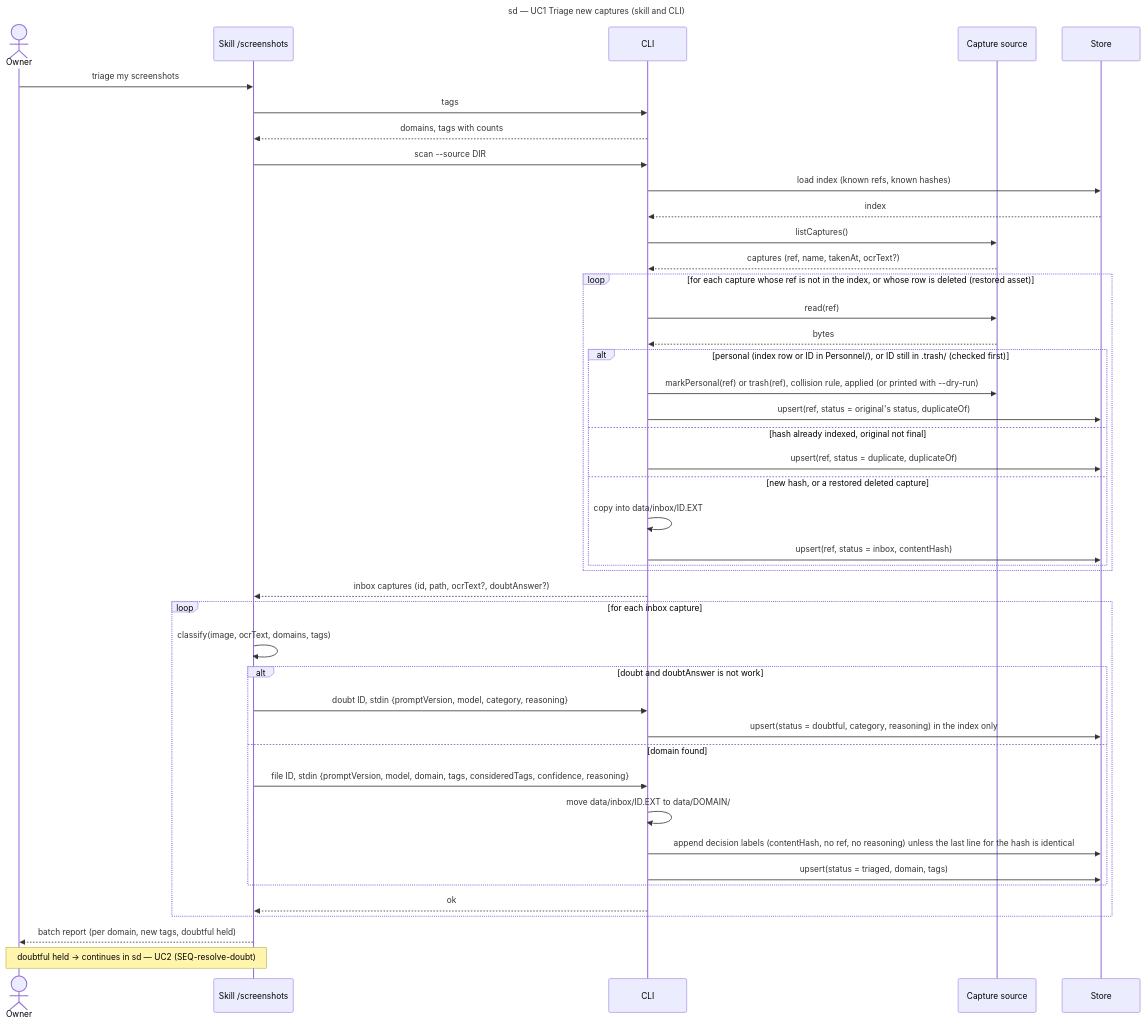
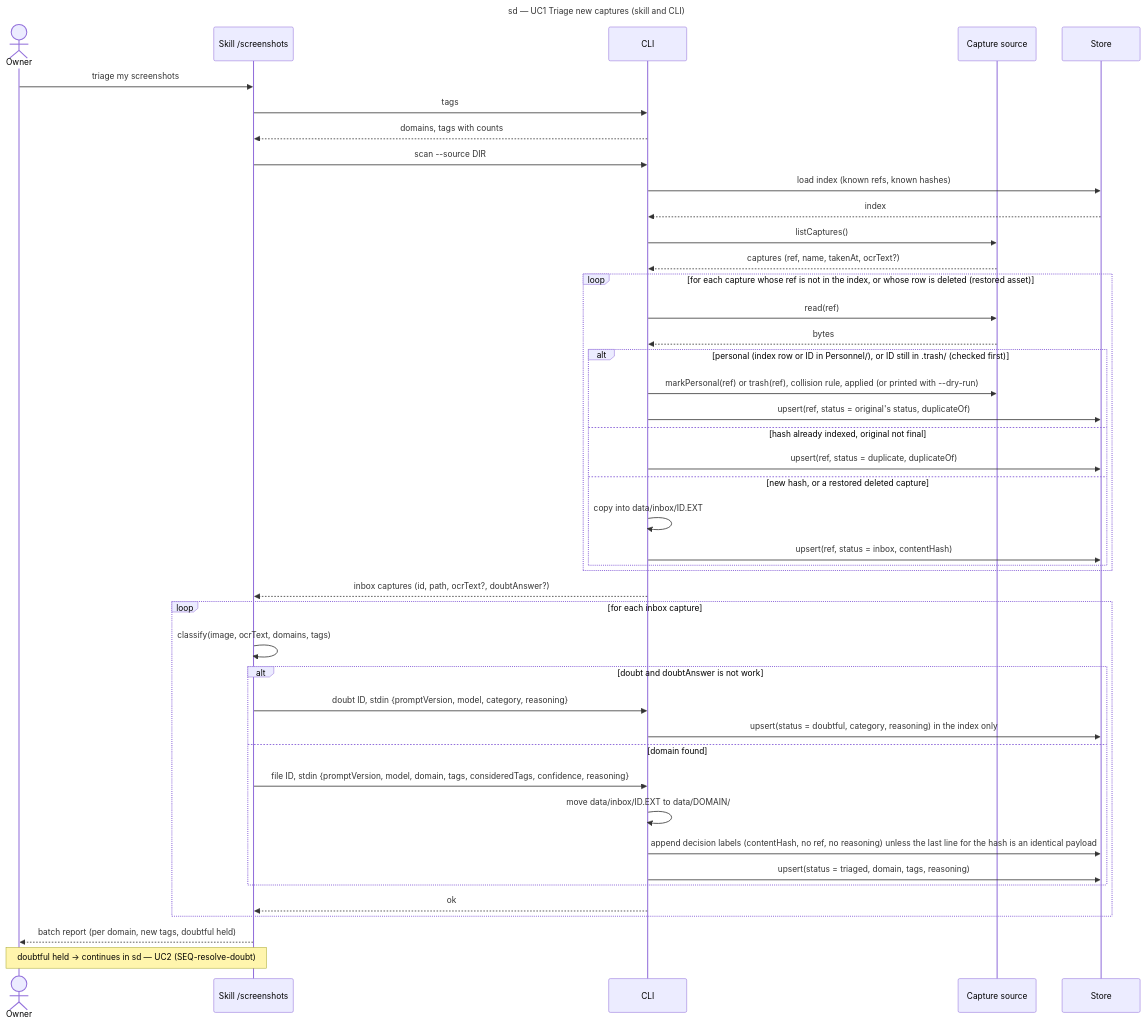
One commit to benoit-bremaud/screenshot-triage changed the diagram in docs/architecture/diagrams/triage/02-sequence-triage-batch.md. Above: the diagram before and after it, drawn with Mermaid. The commit also changed other lines of this file and 5 other files, not shown here.

First line of the commit message:
docs(triage/architecture): record decision 3 and align the reasoning and dedupe rules

````diff
--- a/docs/architecture/diagrams/triage/02-sequence-triage-batch.md
+++ b/docs/architecture/diagrams/triage/02-sequence-triage-batch.md
@@ -14,46 +14,46 @@
 ```mermaid
 sequenceDiagram
   title sd — UC1 Triage new captures (skill and CLI)
   actor Owner
   participant Skill as Skill /screenshots
   participant CLI as CLI
   participant Source as Capture source
   participant Store as Store
   Owner->>Skill: triage my screenshots
   Skill->>CLI: tags
   CLI-->>Skill: domains, tags with counts
   Skill->>CLI: scan --source DIR
   CLI->>Store: load index (known refs, known hashes)
   Store-->>CLI: index
   CLI->>Source: listCaptures()
   Source-->>CLI: captures (ref, name, takenAt, ocrText?)
   loop for each capture whose ref is not in the index, or whose row is deleted (restored asset)
     CLI->>Source: read(ref)
     Source-->>CLI: bytes
     alt personal (index row or ID in Personnel/), or ID still in .trash/ (checked first)
       CLI->>Source: markPersonal(ref) or trash(ref), collision rule, applied (or printed with --dry-run)
       CLI->>Store: upsert(ref, status = original's status, duplicateOf)
     else hash already indexed, original not final
       CLI->>Store: upsert(ref, status = duplicate, duplicateOf)
     else new hash, or a restored deleted capture
       CLI->>CLI: copy into data/inbox/ID.EXT
       CLI->>Store: upsert(ref, status = inbox, contentHash)
     end
   end
   CLI-->>Skill: inbox captures (id, path, ocrText?, doubtAnswer?)
   loop for each inbox capture
     Skill->>Skill: classify(image, ocrText, domains, tags)
     alt doubt and doubtAnswer is not work
       Skill->>CLI: doubt ID, stdin {promptVersion, model, category, reasoning}
       CLI->>Store: upsert(status = doubtful, category, reasoning) in the index only
     else domain found
       Skill->>CLI: file ID, stdin {promptVersion, model, domain, tags, consideredTags, confidence, reasoning}
       CLI->>CLI: move data/inbox/ID.EXT to data/DOMAIN/
-      CLI->>Store: append decision labels (contentHash, no ref, no reasoning) unless the last line for the hash is identical
-      CLI->>Store: upsert(status = triaged, domain, tags)
+      CLI->>Store: append decision labels (contentHash, no ref, no reasoning) unless the last line for the hash is an identical payload
+      CLI->>Store: upsert(status = triaged, domain, tags, reasoning)
     end
     CLI-->>Skill: ok
   end
   Skill-->>Owner: batch report (per domain, new tags, doubtful held)
   Note over Owner,Skill: doubtful held → continues in sd — UC2 (SEQ-resolve-doubt)
 ```
````
